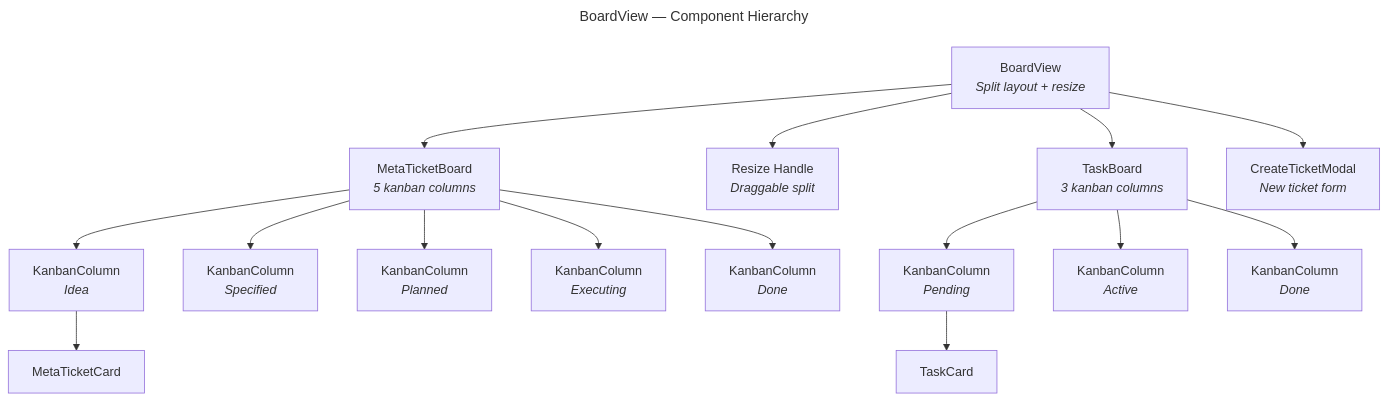
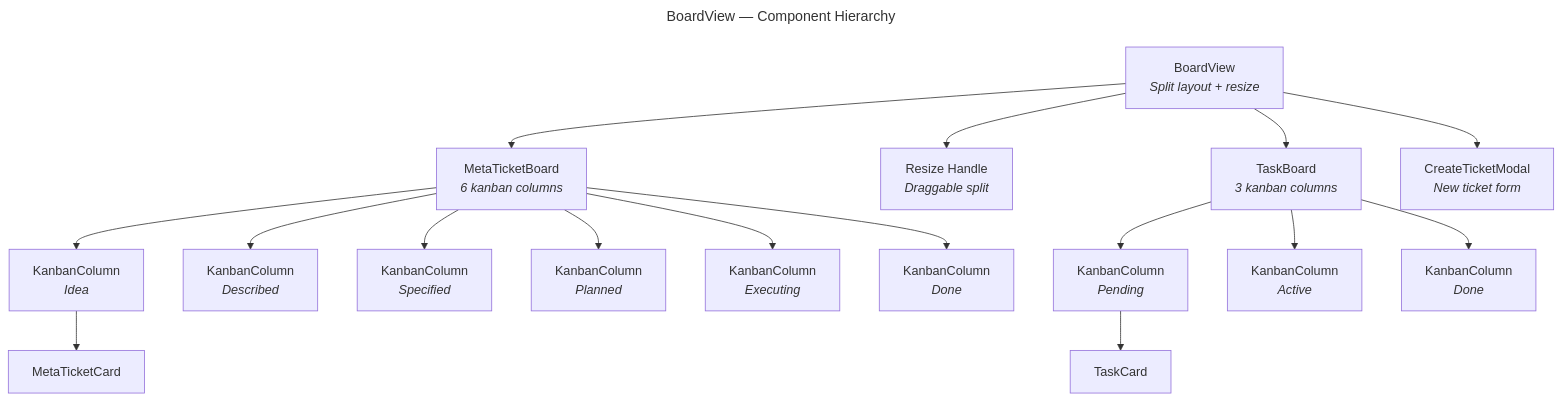
The diagram in frontend/src/components/BoardView/README.md (JetBrains/thinkrail), drawn with Mermaid before and after one commit. The commit also changed other lines of this file and 30 other files, not shown here.

First line of the commit message:
feat: redesign meta-ticket flow with 6-state pipeline, spec-diffs, and plan milestones

````diff
--- a/frontend/src/components/BoardView/README.md
+++ b/frontend/src/components/BoardView/README.md
@@ -21,23 +21,24 @@
 ```mermaid
 ---
 title: BoardView — Component Hierarchy
 ---
 graph TD
     BoardView["BoardView<br/><i>Split layout + resize</i>"]
-    BoardView --> MetaTicketBoard["MetaTicketBoard<br/><i>5 kanban columns</i>"]
+    BoardView --> MetaTicketBoard["MetaTicketBoard<br/><i>6 kanban columns</i>"]
     BoardView --> ResizeHandle["Resize Handle<br/><i>Draggable split</i>"]
     BoardView --> TaskBoard["TaskBoard<br/><i>3 kanban columns</i>"]
     BoardView --> CreateTicketModal["CreateTicketModal<br/><i>New ticket form</i>"]
 
     MetaTicketBoard --> KanbanCol1["KanbanColumn<br/><i>Idea</i>"]
-    MetaTicketBoard --> KanbanCol2["KanbanColumn<br/><i>Specified</i>"]
-    MetaTicketBoard --> KanbanCol3["KanbanColumn<br/><i>Planned</i>"]
-    MetaTicketBoard --> KanbanCol4["KanbanColumn<br/><i>Executing</i>"]
-    MetaTicketBoard --> KanbanCol5["KanbanColumn<br/><i>Done</i>"]
+    MetaTicketBoard --> KanbanCol2["KanbanColumn<br/><i>Described</i>"]
+    MetaTicketBoard --> KanbanCol3["KanbanColumn<br/><i>Specified</i>"]
+    MetaTicketBoard --> KanbanCol4["KanbanColumn<br/><i>Planned</i>"]
+    MetaTicketBoard --> KanbanCol5["KanbanColumn<br/><i>Executing</i>"]
+    MetaTicketBoard --> KanbanCol6["KanbanColumn<br/><i>Done</i>"]
 
     KanbanCol1 --> MetaTicketCard["MetaTicketCard"]
     TaskBoard --> TaskCol1["KanbanColumn<br/><i>Pending</i>"]
     TaskBoard --> TaskCol2["KanbanColumn<br/><i>Active</i>"]
     TaskBoard --> TaskCol3["KanbanColumn<br/><i>Done</i>"]
     TaskCol1 --> TaskCard["TaskCard"]
 ```
````
